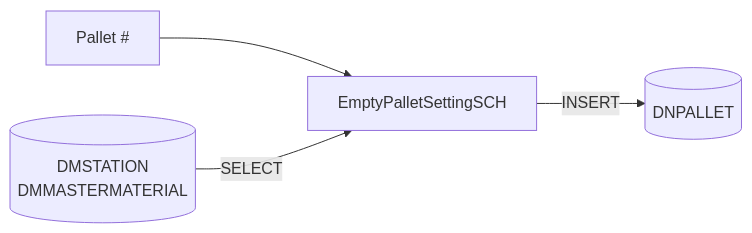
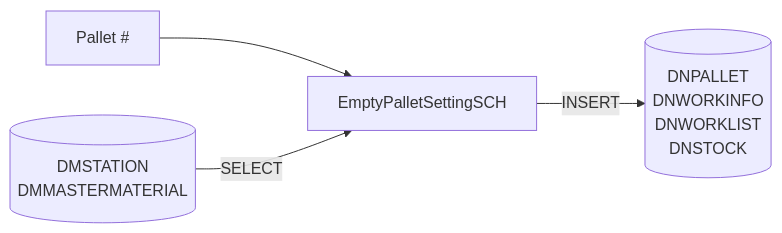
Before and after one commit to luthfiadityaa/SimeDarby-Wiki: the first of 10 diagrams in Basic-Design/DFD-WMS/Storage/Empty-Pallet-Storage-to-Ambient-Area.md, drawn with Mermaid. The commit also changed other lines of this file, not shown here.

Commit message:
Updated Empty Pallet Storage to Ambient Area

```diff
--- a/Basic-Design/DFD-WMS/Storage/Empty-Pallet-Storage-to-Ambient-Area.md
+++ b/Basic-Design/DFD-WMS/Storage/Empty-Pallet-Storage-to-Ambient-Area.md
@@ -52,24 +52,24 @@
 ::: mermaid
 flowchart LR
-    input[
-        Pallet #      
-    ]
+input[
+Pallet #      
+]
 
-    tableList-insert[("
-        DNPALLET
-    ")]
+tableList-insert[("
+DNPALLET
+DNWORKINFO
+DNWORKLIST
+DNSTOCK
+")]
 
-    tableList-select[("
-        DMSTATION
-        DMMASTERMATERIAL
-    ")]
+tableList-select[("
+DMSTATION
+DMMASTERMATERIAL
+")]
 
 
-    className[EmptyPalletSettingSCH]
+className[EmptyPalletSettingSCH]
 
-    input --> className --> |INSERT| tableList-insert
-    tableList-select --> |SELECT| className
-
-    classDef leftAlign text-align:left;
-    class input leftAlign;
+input --> className --> |INSERT| tableList-insert
+tableList-select --> |SELECT| className
 :::
```
